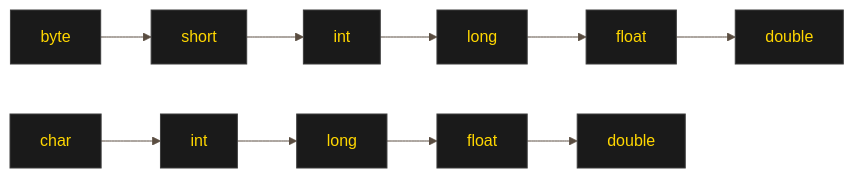
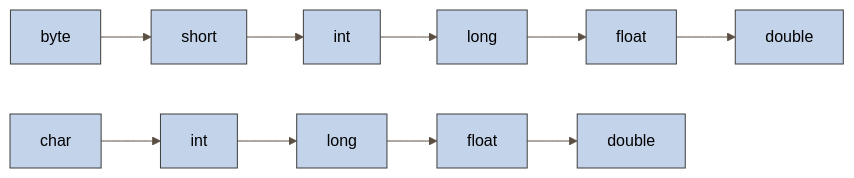
The diagram in Заметки/Приведение типов.md (ViktSh-SPb/Java-Learn), drawn with Mermaid before and after one commit. The commit also changed 1 other file, not shown here.

Commit message:
vault backup: 2025-05-04 20:24:43

````diff
--- a/Заметки/Приведение типов.md
+++ b/Заметки/Приведение типов.md
@@ -10,16 +10,16 @@
 ```mermaid
 ---
 config:
  theme: base
  themeVariables:
-  primaryColor: "#1a1a1a"     # Угольно-черный
+  primaryColor: "#c3d3ea"     # Угольно-черный
   primaryBorderColor: "#3d3d3d" # Серая граница
-  primaryTextColor: "#ffd700"  # Золотой текст
+  primaryTextColor: "#000001"  # Золотой текст
   lineColor: "#5a4d41"        # Коричневые стрелки
  flowchart:
   useMaxWidth: true
 ---
 flowchart LR
 	A[byte]-->B[short]-->C[int]-->D[long]-->E[float]-->F[double]
 	G[char]-->H[int]-->J[long]-->K[float]-->L[double]
 ```
````
